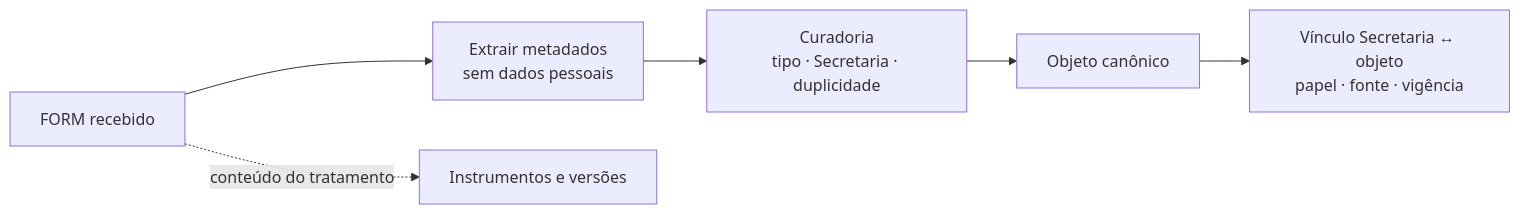
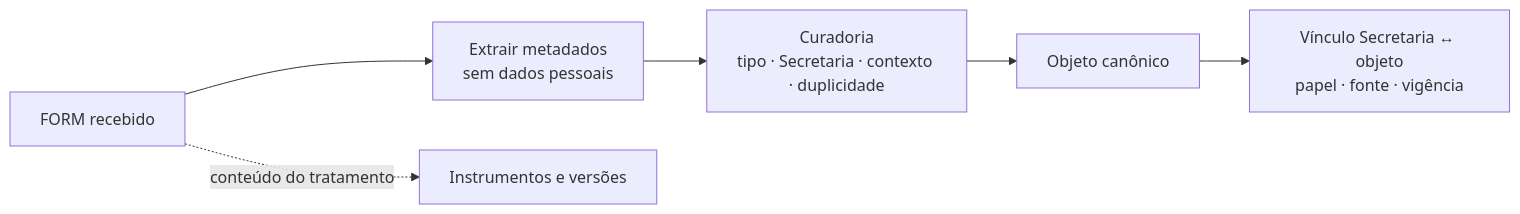
The third of 3 diagrams in docs/arquitetura/CONTRATO_IDENTIDADE_E_CONTEXTO_INICIAL.md (ailtonfv/governanca-lgpd-hortolandia), drawn with Mermaid before and after one commit. The commit also changed other lines of this file and 12 other files, not shown here.

````diff
--- a/docs/arquitetura/CONTRATO_IDENTIDADE_E_CONTEXTO_INICIAL.md
+++ b/docs/arquitetura/CONTRATO_IDENTIDADE_E_CONTEXTO_INICIAL.md
@@ -58,8 +60,8 @@
 ```mermaid
 flowchart LR
     F["FORM recebido"] --> X["Extrair metadados<br/>sem dados pessoais"]
-    X --> C["Curadoria<br/>tipo · Secretaria · duplicidade"]
+    X --> C["Curadoria<br/>tipo · Secretaria · contexto · duplicidade"]
     C --> O["Objeto canônico"]
     O --> U["Vínculo Secretaria ↔ objeto<br/>papel · fonte · vigência"]
     F -. "conteúdo do tratamento" .-> I["Instrumentos e versões"]
 ```
````
